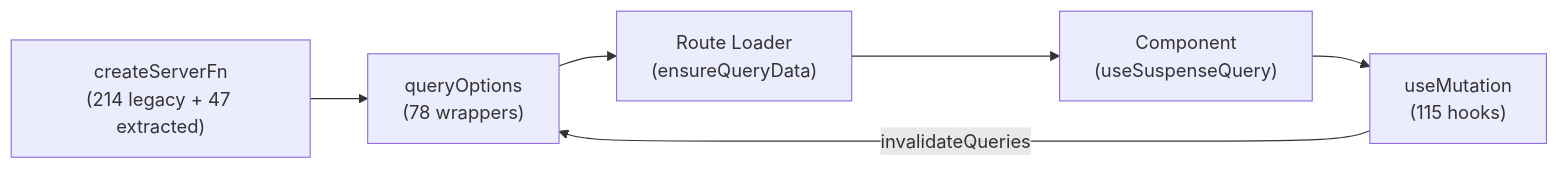
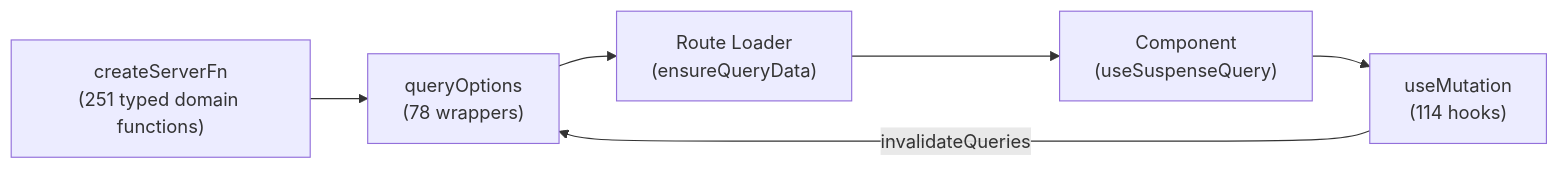
One commit to scaliuslabs/scalius-commerce-lite changed the third of 3 diagrams in README.MD. Above: the diagram before and after it, drawn with Mermaid. The commit also changed other lines of this file and 14 other files, not shown here.

````diff
--- a/README.MD
+++ b/README.MD
@@ -217,8 +217,8 @@
 ```mermaid
 flowchart LR
-    SF["createServerFn<br/>(214 legacy + 47 extracted)"] --> QO["queryOptions<br/>(78 wrappers)"]
+    SF["createServerFn<br/>(251 typed domain functions)"] --> QO["queryOptions<br/>(78 wrappers)"]
     QO --> L["Route Loader<br/>(ensureQueryData)"]
     L --> C["Component<br/>(useSuspenseQuery)"]
-    C --> M["useMutation<br/>(115 hooks)"]
+    C --> M["useMutation<br/>(114 hooks)"]
     M -->|invalidateQueries| QO
 ```
````
